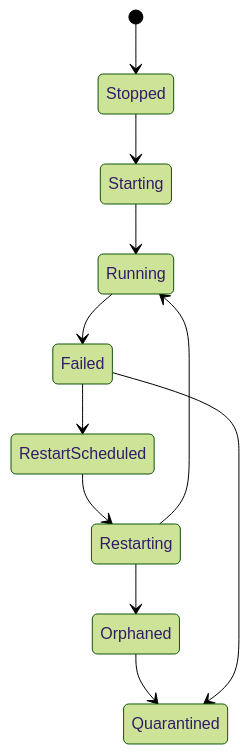
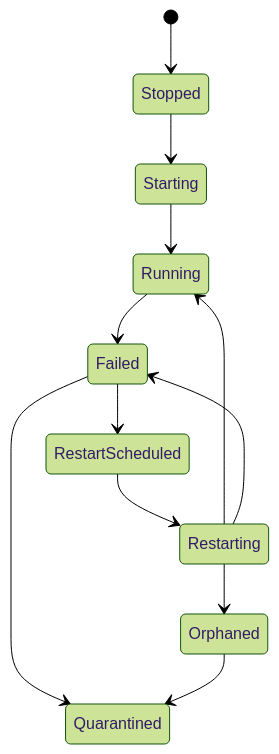
Before and after one commit to dnettoRaw/appcore-wiki: the second of 2 diagrams in i18n/fr/docusaurus-plugin-content-docs/current/architecture/supervisor.md, drawn with Mermaid (forest theme). The commit also changed other lines of this file and 12 other files, not shown here.

````diff
--- a/i18n/fr/docusaurus-plugin-content-docs/current/architecture/supervisor.md
+++ b/i18n/fr/docusaurus-plugin-content-docs/current/architecture/supervisor.md
@@ -14,13 +74,14 @@
 ```mermaid
 stateDiagram-v2
     [*] --> Stopped
     Stopped --> Starting
     Starting --> Running
     Running --> Failed
     Failed --> RestartScheduled
     RestartScheduled --> Restarting
     Restarting --> Running
+    Restarting --> Failed
     Restarting --> Orphaned
+    Failed --> Quarantined
     Orphaned --> Quarantined
-    Failed --> Quarantined
 ```
````
